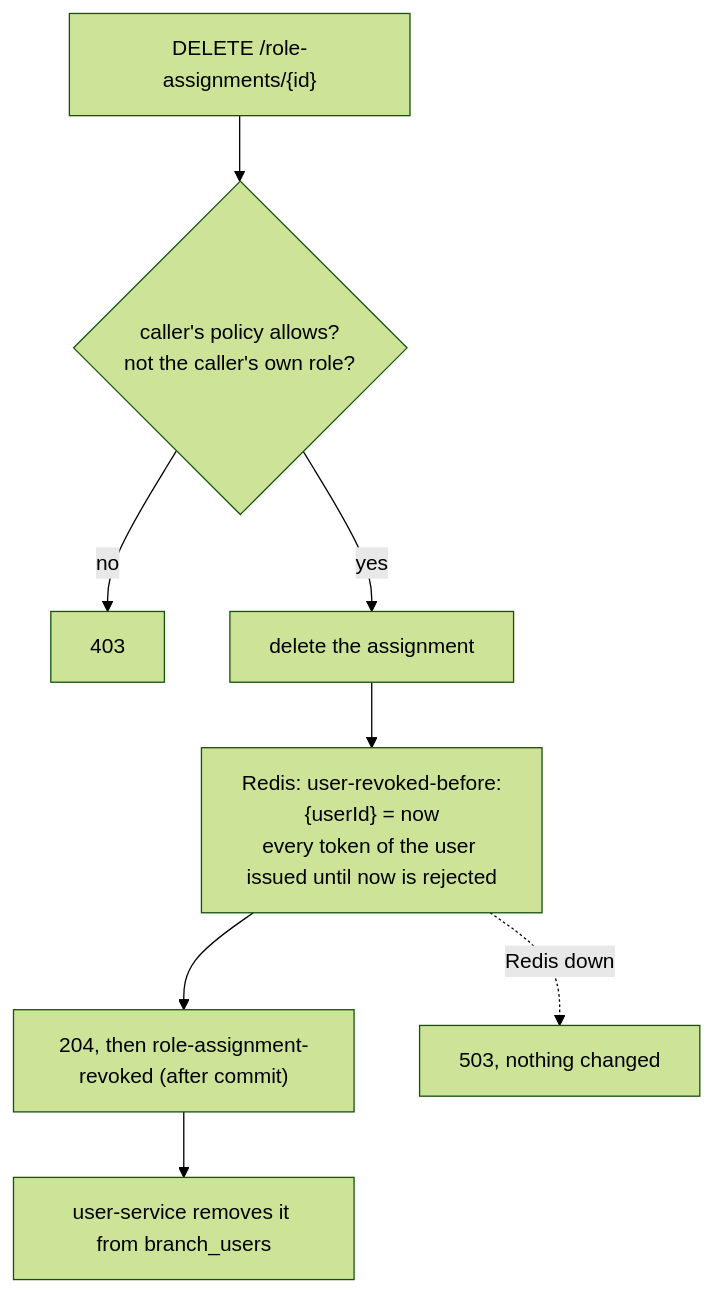
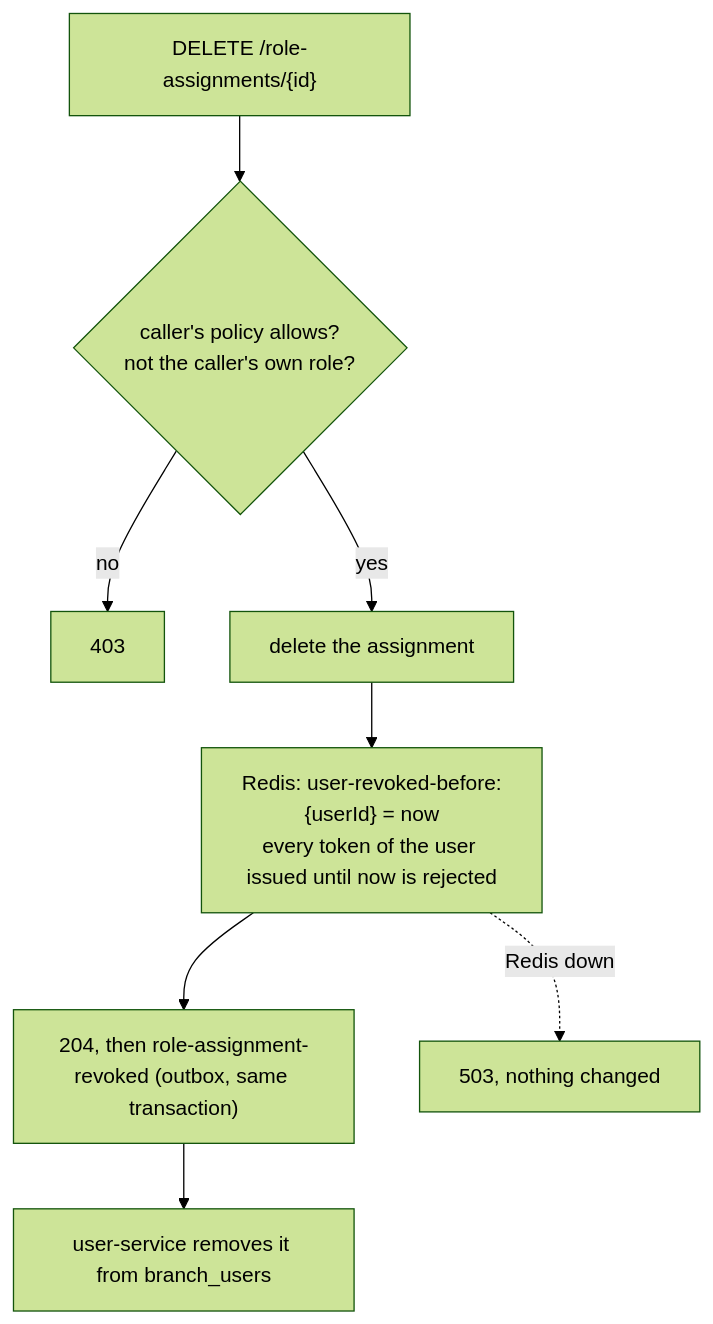
The fourth of 7 diagrams in docs/domain/process/security/roles-and-permissions.md (RaffSStein/Wealth-Management-Platform-BE), drawn with Mermaid (forest theme) before and after one commit. The commit also changed other lines of this file and 5 other files, not shown here.

````diff
--- a/docs/domain/process/security/roles-and-permissions.md
+++ b/docs/domain/process/security/roles-and-permissions.md
@@ -247,10 +247,10 @@
 ```mermaid
 flowchart TB
     A["DELETE /role-assignments/{id}"] --> B{"caller's policy allows?<br/>not the caller's own role?"}
     B -- no --> X["403"]
     B -- yes --> C["delete the assignment"]
     C --> D["Redis: user-revoked-before:{userId} = now<br/>every token of the user issued until now is rejected"]
-    D --> F["204, then role-assignment-revoked (after commit)"]
+    D --> F["204, then role-assignment-revoked (outbox, same transaction)"]
     F --> G["user-service removes it from branch_users"]
     D -.->|Redis down| Y["503, nothing changed"]
 ```
````
